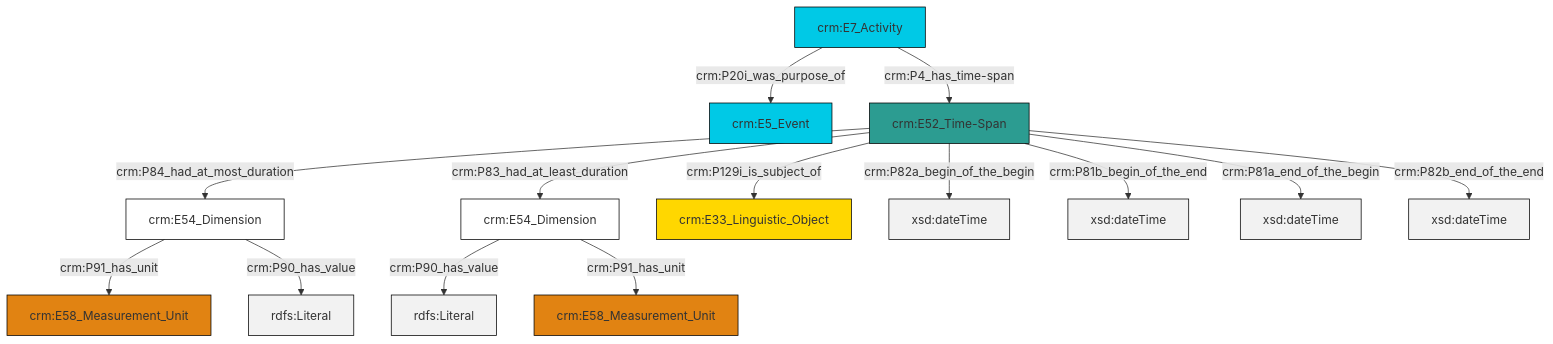
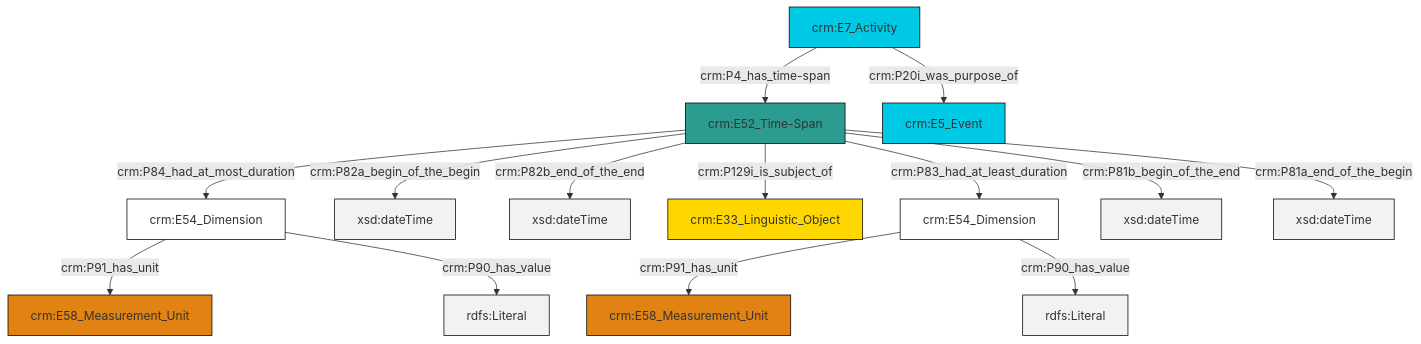
The diagram in et/eventCSV/ttl/mmd/event_existence.ttl.mmd (swiss-art-research-net/reference-data-models), drawn with Mermaid before and after one commit. The commit also changed 128 other files, not shown here.

```diff
--- a/et/eventCSV/ttl/mmd/event_existence.ttl.mmd
+++ b/et/eventCSV/ttl/mmd/event_existence.ttl.mmd
@@ -1,28 +1,28 @@
 graph TD
 classDef Literal fill:#f2f2f2,stroke:#000000;
 classDef CRM_Entity fill:#FFFFFF,stroke:#000000;
 classDef Temporal_Entity fill:#00C9E6, stroke:#000000;
 classDef Type fill:#E18312, stroke:#000000;
 classDef Time-Span fill:#2C9C91, stroke:#000000;
 classDef Appellation fill:#FFEB7F, stroke:#000000;
 classDef Place fill:#008836, stroke:#000000;
 classDef Persistent_Item fill:#B266B2, stroke:#000000;
 classDef Conceptual_Object fill:#FFD700, stroke:#000000;
 classDef Physical_Thing fill:#D2B48C, stroke:#000000;
 classDef Actor fill:#f58aad, stroke:#000000;
 classDef PC_Classes fill:#4ce600, stroke:#000000;
 classDef Multi fill:#cccccc,stroke:#000000;
 
-0["crm:E7_Activity"]:::Temporal_Entity -->|crm:P20i_was_purpose_of| 1["crm:E5_Event"]:::Temporal_Entity
-2["crm:E54_Dimension"]:::CRM_Entity -->|crm:P91_has_unit| 3["crm:E58_Measurement_Unit"]:::Type
-4["crm:E54_Dimension"]:::CRM_Entity -->|crm:P90_has_value| 5[rdfs:Literal]:::Literal
-6["crm:E52_Time-Span"]:::Time-Span -->|crm:P129i_is_subject_of| 9["crm:E33_Linguistic_Object"]:::Conceptual_Object
-6["crm:E52_Time-Span"]:::Time-Span -->|crm:P82a_begin_of_the_begin| 10[xsd:dateTime]:::Literal
-6["crm:E52_Time-Span"]:::Time-Span -->|crm:P84_had_at_most_duration| 2["crm:E54_Dimension"]:::CRM_Entity
-2["crm:E54_Dimension"]:::CRM_Entity -->|crm:P90_has_value| 13[rdfs:Literal]:::Literal
-0["crm:E7_Activity"]:::Temporal_Entity -->|crm:P4_has_time-span| 6["crm:E52_Time-Span"]:::Time-Span
-6["crm:E52_Time-Span"]:::Time-Span -->|crm:P83_had_at_least_duration| 4["crm:E54_Dimension"]:::CRM_Entity
-6["crm:E52_Time-Span"]:::Time-Span -->|crm:P81b_begin_of_the_end| 14[xsd:dateTime]:::Literal
-6["crm:E52_Time-Span"]:::Time-Span -->|crm:P81a_end_of_the_begin| 16[xsd:dateTime]:::Literal
-4["crm:E54_Dimension"]:::CRM_Entity -->|crm:P91_has_unit| 18["crm:E58_Measurement_Unit"]:::Type
-6["crm:E52_Time-Span"]:::Time-Span -->|crm:P82b_end_of_the_end| 20[xsd:dateTime]:::Literal
+0["crm:E54_Dimension"]:::CRM_Entity -->|crm:P91_has_unit| 1["crm:E58_Measurement_Unit"]:::Type
+2["crm:E52_Time-Span"]:::Time-Span -->|crm:P82a_begin_of_the_begin| 3[xsd:dateTime]:::Literal
+0["crm:E54_Dimension"]:::CRM_Entity -->|crm:P90_has_value| 4[rdfs:Literal]:::Literal
+2["crm:E52_Time-Span"]:::Time-Span -->|crm:P82b_end_of_the_end| 5[xsd:dateTime]:::Literal
+12["crm:E54_Dimension"]:::CRM_Entity -->|crm:P91_has_unit| 13["crm:E58_Measurement_Unit"]:::Type
+12["crm:E54_Dimension"]:::CRM_Entity -->|crm:P90_has_value| 15[rdfs:Literal]:::Literal
+2["crm:E52_Time-Span"]:::Time-Span -->|crm:P129i_is_subject_of| 6["crm:E33_Linguistic_Object"]:::Conceptual_Object
+10["crm:E7_Activity"]:::Temporal_Entity -->|crm:P4_has_time-span| 2["crm:E52_Time-Span"]:::Time-Span
+2["crm:E52_Time-Span"]:::Time-Span -->|crm:P84_had_at_most_duration| 12["crm:E54_Dimension"]:::CRM_Entity
+2["crm:E52_Time-Span"]:::Time-Span -->|crm:P83_had_at_least_duration| 0["crm:E54_Dimension"]:::CRM_Entity
+2["crm:E52_Time-Span"]:::Time-Span -->|crm:P81b_begin_of_the_end| 19[xsd:dateTime]:::Literal
+2["crm:E52_Time-Span"]:::Time-Span -->|crm:P81a_end_of_the_begin| 21[xsd:dateTime]:::Literal
+10["crm:E7_Activity"]:::Temporal_Entity -->|crm:P20i_was_purpose_of| 8["crm:E5_Event"]:::Temporal_Entity
```
